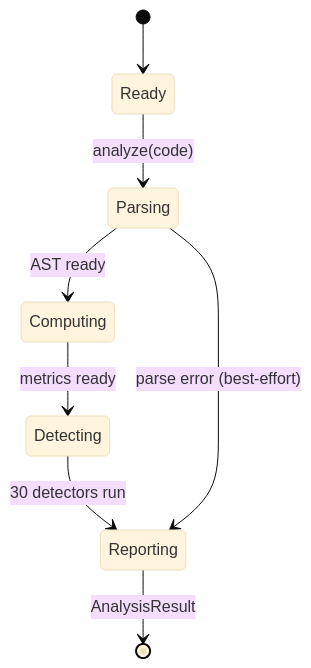
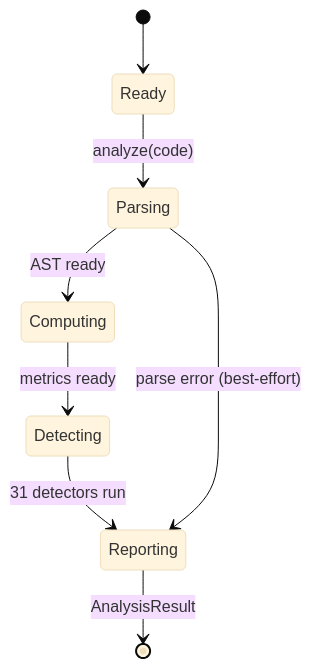
Before and after one commit to Anselmoo/mcp-zen-of-languages: the fourth of 4 diagrams in docs/user-guide/languages/python.md, drawn with Mermaid. The commit also changed other lines of this file and 12 other files, not shown here.

````diff
--- a/docs/user-guide/languages/python.md
+++ b/docs/user-guide/languages/python.md
@@ -606,11 +630,11 @@
     ```mermaid
     %%{init: {"theme": "base"}}%%
     stateDiagram-v2
         [*] --> Ready
         Ready --> Parsing : analyze(code)
         Parsing --> Computing : AST ready
         Computing --> Detecting : metrics ready
-        Detecting --> Reporting : 30 detectors run
+        Detecting --> Reporting : 31 detectors run
         Reporting --> [*] : AnalysisResult
         Parsing --> Reporting : parse error (best-effort)
     ```
````
